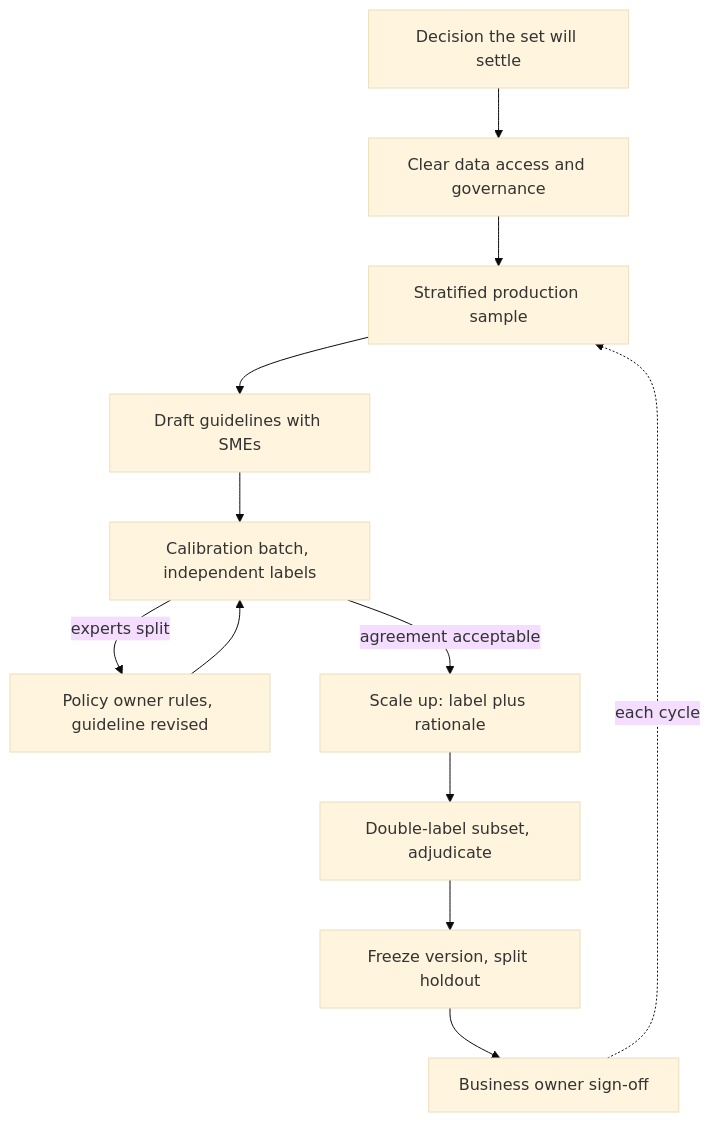
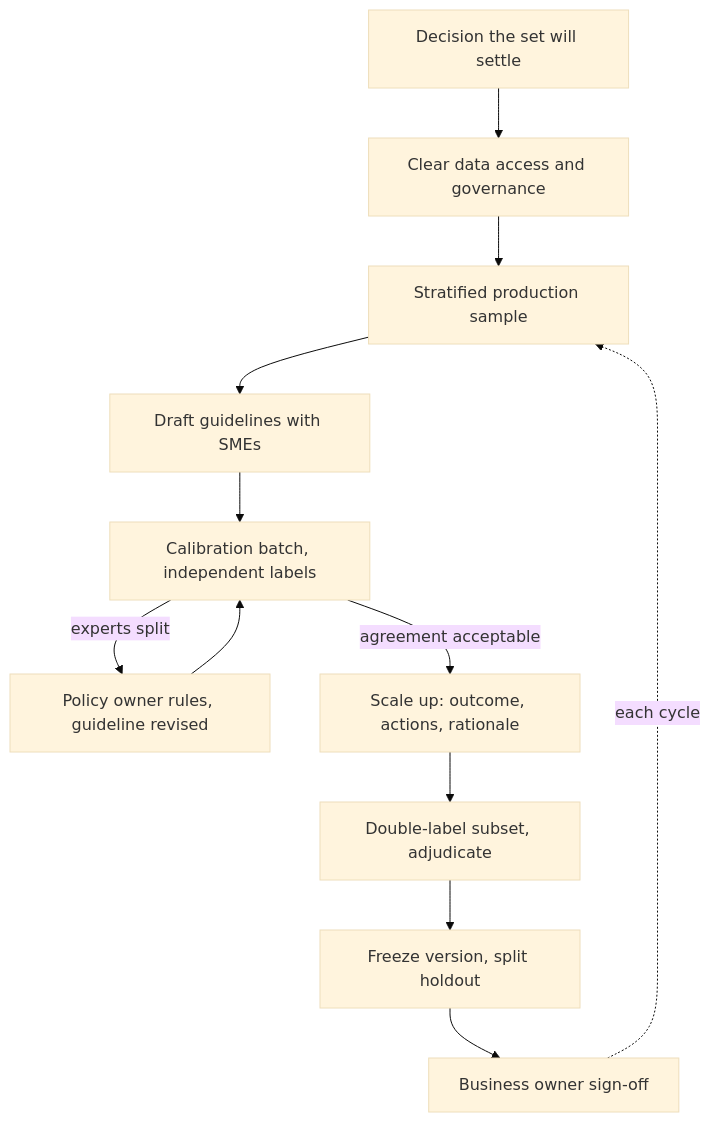
Before and after one commit to lovishmahajan97/agentic-learning: the diagram in content/customer-data-evaluation/golden-dataset-creation-with-client-smes.md, drawn with Mermaid (base theme). The commit also changed other lines of this file and 454 other files, not shown here.

````diff
--- a/content/customer-data-evaluation/golden-dataset-creation-with-client-smes.md
+++ b/content/customer-data-evaluation/golden-dataset-creation-with-client-smes.md
@@ -109,14 +127,14 @@
 ```mermaid
 flowchart TD
     A["Decision the set will settle"] --> B["Clear data access and governance"]
     B --> C["Stratified production sample"]
     C --> D["Draft guidelines with SMEs"]
     D --> E["Calibration batch, independent labels"]
     E -->|"experts split"| F["Policy owner rules, guideline revised"]
     F --> E
-    E -->|"agreement acceptable"| G["Scale up: label plus rationale"]
+    E -->|"agreement acceptable"| G["Scale up: outcome, actions, rationale"]
     G --> H["Double-label subset, adjudicate"]
     H --> I["Freeze version, split holdout"]
     I --> J["Business owner sign-off"]
     J -.->|"each cycle"| C
 ```
````
